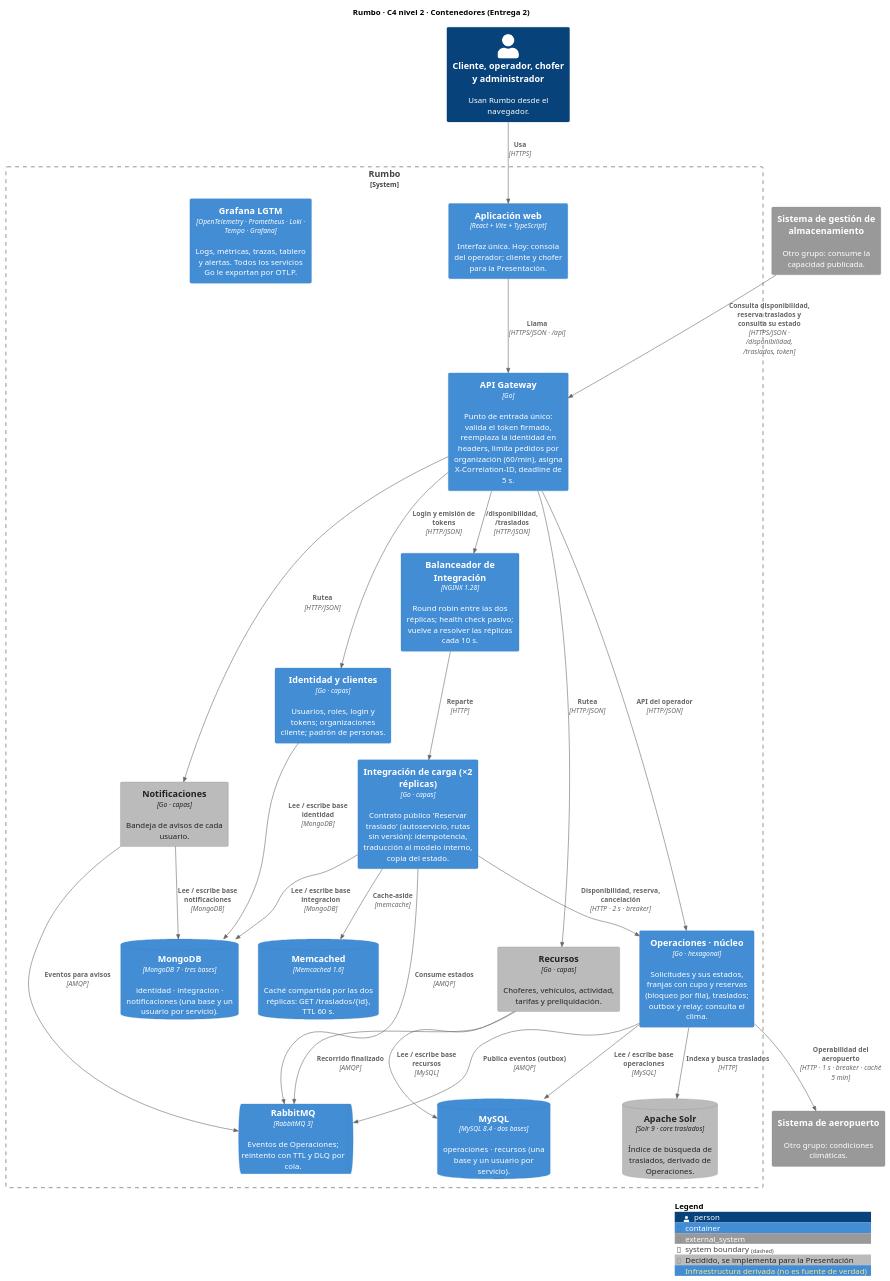
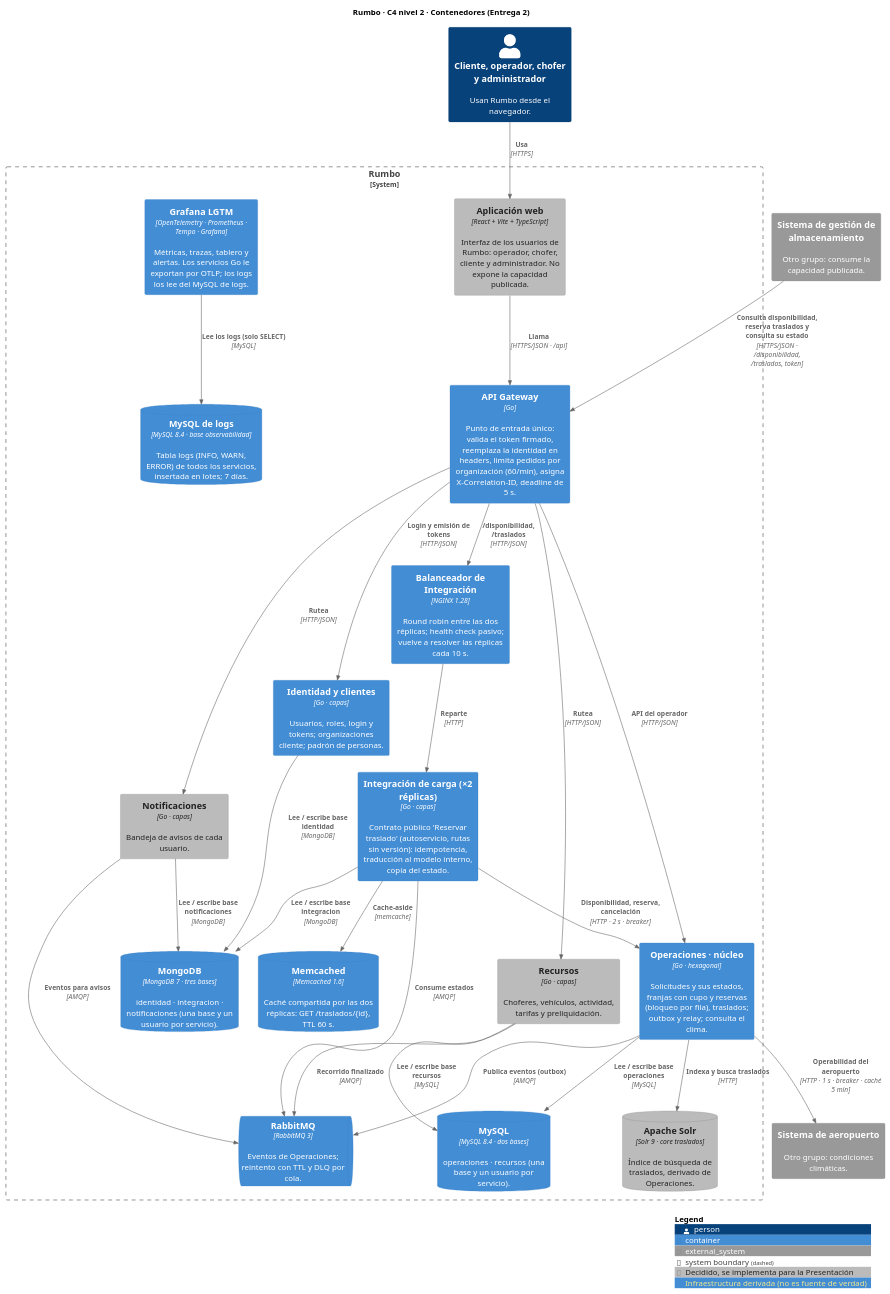
The diagram in docs/diagramas/c4-contenedores.puml (francoroblesss/Rumbo), drawn with PlantUML before and after one commit. The commit also changed 24 other files, not shown here.

First line of the commit message:
fix: sacar la consola web de la Entrega 2

```diff
--- a/docs/diagramas/c4-contenedores.puml
+++ b/docs/diagramas/c4-contenedores.puml
@@ -1,59 +1,61 @@
 @startuml c4-contenedores
 ' Rumbo — C4 nivel 2: contenedores. Fuente del diagrama; se renderiza con docs/diagramas/README.md.
 !include <C4/C4_Container>
 
 AddElementTag("pendiente", $bgColor="#bbbbbb", $borderColor="#888888", $fontColor="#222222", $legendText="Decidido, se implementa para la Presentación")
 AddElementTag("infra", $bgColor="#438dd5", $legendText="Infraestructura derivada (no es fuente de verdad)")
 
 title Rumbo · C4 nivel 2 · Contenedores (Entrega 2)
 
 Person(usuarios, "Cliente, operador, chofer y administrador", "Usan Rumbo desde el navegador.")
 System_Ext(almacenamiento, "Sistema de gestión de almacenamiento", "Otro grupo: consume la capacidad publicada.")
 System_Ext(aeropuerto, "Sistema de aeropuerto", "Otro grupo: condiciones climáticas.")
 
 System_Boundary(rumbo, "Rumbo") {
-  Container(web, "Aplicación web", "React + Vite + TypeScript", "Interfaz única. Hoy: consola del operador; cliente y chofer para la Presentación.")
+  Container(web, "Aplicación web", "React + Vite + TypeScript", "Interfaz de los usuarios de Rumbo: operador, chofer, cliente y administrador. No expone la capacidad publicada.", $tags="pendiente")
   Container(gateway, "API Gateway", "Go", "Punto de entrada único: valida el token firmado, reemplaza la identidad en headers, limita pedidos por organización (60/min), asigna X-Correlation-ID, deadline de 5 s.")
 
   Container(identidad, "Identidad y clientes", "Go · capas", "Usuarios, roles, login y tokens; organizaciones cliente; padrón de personas.")
   Container(balanceador, "Balanceador de Integración", "NGINX 1.28", "Round robin entre las dos réplicas; health check pasivo; vuelve a resolver las réplicas cada 10 s.")
   Container(integracion, "Integración de carga (×2 réplicas)", "Go · capas", "Contrato público 'Reservar traslado' (autoservicio, rutas sin versión): idempotencia, traducción al modelo interno, copia del estado.")
   Container(operaciones, "Operaciones · núcleo", "Go · hexagonal", "Solicitudes y sus estados, franjas con cupo y reservas (bloqueo por fila), traslados; outbox y relay; consulta el clima.")
   Container(recursos, "Recursos", "Go · capas", "Choferes, vehículos, actividad, tarifas y preliquidación.", $tags="pendiente")
   Container(notificaciones, "Notificaciones", "Go · capas", "Bandeja de avisos de cada usuario.", $tags="pendiente")
 
   ContainerDb(mongo, "MongoDB", "MongoDB 7 · tres bases", "identidad · integracion · notificaciones (una base y un usuario por servicio).")
   ContainerDb(mysql, "MySQL", "MySQL 8.4 · dos bases", "operaciones · recursos (una base y un usuario por servicio).")
   ContainerDb(memcached, "Memcached", "Memcached 1.6", "Caché compartida por las dos réplicas: GET /traslados/{id}, TTL 60 s.", $tags="infra")
   ContainerQueue(rabbit, "RabbitMQ", "RabbitMQ 3", "Eventos de Operaciones; reintento con TTL y DLQ por cola.")
   ContainerDb(solr, "Apache Solr", "Solr 9 · core traslados", "Índice de búsqueda de traslados, derivado de Operaciones.", $tags="pendiente")
-  Container(lgtm, "Grafana LGTM", "OpenTelemetry · Prometheus · Loki · Tempo · Grafana", "Logs, métricas, trazas, tablero y alertas. Todos los servicios Go le exportan por OTLP.", $tags="infra")
+  Container(lgtm, "Grafana LGTM", "OpenTelemetry · Prometheus · Tempo · Grafana", "Métricas, trazas, tablero y alertas. Los servicios Go le exportan por OTLP; los logs los lee del MySQL de logs.", $tags="infra")
+  ContainerDb(mysqllogs, "MySQL de logs", "MySQL 8.4 · base observabilidad", "Tabla logs (INFO, WARN, ERROR) de todos los servicios, insertada en lotes; 7 días.", $tags="infra")
 }
 
 Rel(usuarios, web, "Usa", "HTTPS")
 Rel(web, gateway, "Llama", "HTTPS/JSON · /api")
 Rel(almacenamiento, gateway, "Consulta disponibilidad, reserva traslados y consulta su estado", "HTTPS/JSON · /disponibilidad, /traslados, token")
 
 Rel(gateway, identidad, "Login y emisión de tokens", "HTTP/JSON")
 Rel(gateway, balanceador, "/disponibilidad, /traslados", "HTTP/JSON")
 Rel(gateway, operaciones, "API del operador", "HTTP/JSON")
 Rel(gateway, recursos, "Rutea", "HTTP/JSON")
 Rel(gateway, notificaciones, "Rutea", "HTTP/JSON")
 Rel(balanceador, integracion, "Reparte", "HTTP")
 
 Rel(integracion, memcached, "Cache-aside", "memcache")
 Rel(integracion, mongo, "Lee / escribe base integracion", "MongoDB")
 Rel(integracion, operaciones, "Disponibilidad, reserva, cancelación", "HTTP · 2 s · breaker")
 Rel(integracion, rabbit, "Consume estados", "AMQP")
 Rel(operaciones, rabbit, "Publica eventos (outbox)", "AMQP")
 Rel(operaciones, mysql, "Lee / escribe base operaciones", "MySQL")
 Rel(operaciones, aeropuerto, "Operabilidad del aeropuerto", "HTTP · 1 s · breaker · caché 5 min")
 Rel(operaciones, solr, "Indexa y busca traslados", "HTTP")
 Rel(identidad, mongo, "Lee / escribe base identidad", "MongoDB")
 Rel(recursos, mysql, "Lee / escribe base recursos", "MySQL")
+Rel(lgtm, mysqllogs, "Lee los logs (solo SELECT)", "MySQL")
 Rel(notificaciones, mongo, "Lee / escribe base notificaciones", "MongoDB")
 Rel(recursos, rabbit, "Recorrido finalizado", "AMQP")
 Rel(notificaciones, rabbit, "Eventos para avisos", "AMQP")
 
 SHOW_LEGEND()
 @enduml
```
